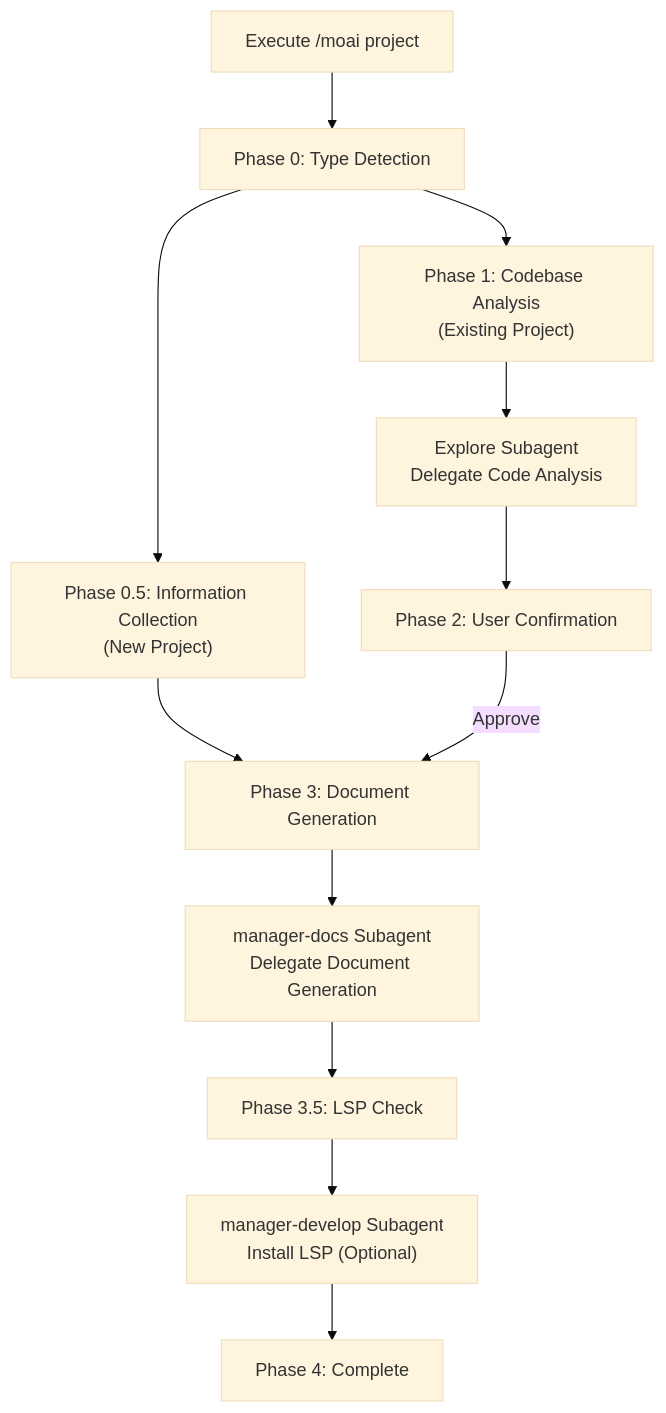
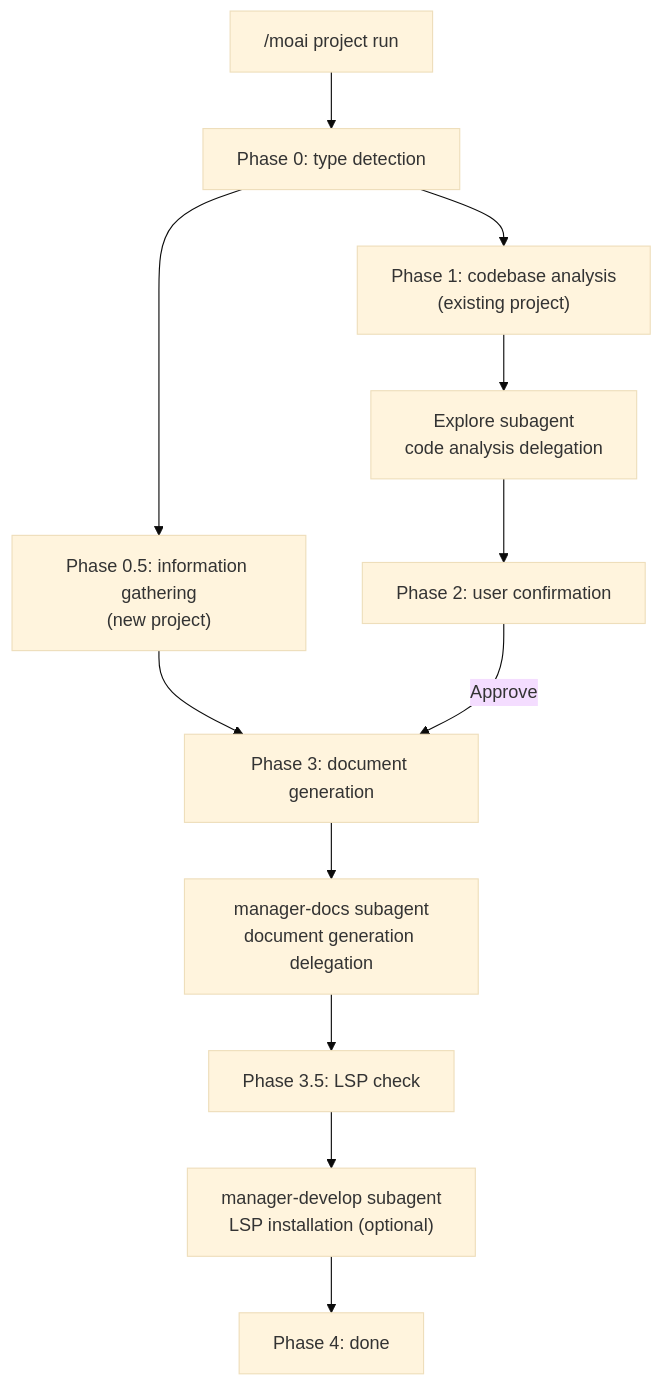
One commit to modu-ai/moai-adk changed the second of 2 diagrams in docs-site/content/en/workflow-commands/moai-project.md. Above: the diagram before and after it, drawn with Mermaid (base theme). The commit also changed other lines of this file and 395 other files, not shown here.

````diff
--- a/docs-site/content/en/workflow-commands/moai-project.md
+++ b/docs-site/content/en/workflow-commands/moai-project.md
@@ -497,18 +506,18 @@
 ```mermaid
 flowchart TD
-    Start["Execute /moai project"] --> Phase0["Phase 0: Type Detection"]
-    Phase0 --> Phase05["Phase 0.5: Information Collection<br/>(New Project)"]
-    Phase0 --> Phase1["Phase 1: Codebase Analysis<br/>(Existing Project)"]
+    Start["/moai project run"] --> Phase0["Phase 0: type detection"]
+    Phase0 --> Phase05["Phase 0.5: information gathering<br/>(new project)"]
+    Phase0 --> Phase1["Phase 1: codebase analysis<br/>(existing project)"]
 
-    Phase1 --> Explore["Explore Subagent<br/>Delegate Code Analysis"]
-    Explore --> Phase2["Phase 2: User Confirmation"]
+    Phase1 --> Explore["Explore subagent<br/>code analysis delegation"]
+    Explore --> Phase2["Phase 2: user confirmation"]
 
-    Phase05 --> Phase3["Phase 3: Document Generation"]
+    Phase05 --> Phase3["Phase 3: document generation"]
     Phase2 -->|Approve| Phase3
 
-    Phase3 --> Docs["manager-docs Subagent<br/>Delegate Document Generation"]
-    Docs --> Phase35["Phase 3.5: LSP Check"]
+    Phase3 --> Docs["manager-docs subagent<br/>document generation delegation"]
+    Docs --> Phase35["Phase 3.5: LSP check"]
 
-    Phase35 --> DevOps["manager-develop Subagent<br/>Install LSP (Optional)"]
-    DevOps --> Phase4["Phase 4: Complete"]
+    Phase35 --> DevOps["manager-develop subagent<br/>LSP installation (optional)"]
+    DevOps --> Phase4["Phase 4: done"]
 ```
````
